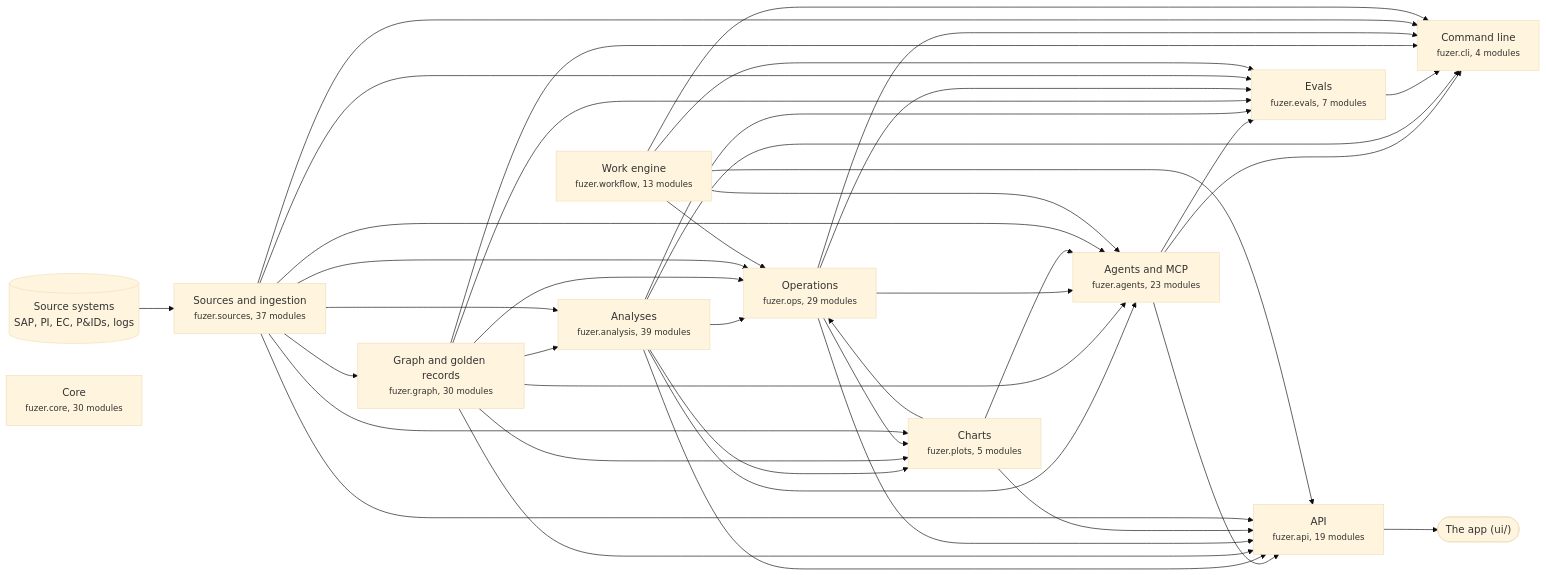
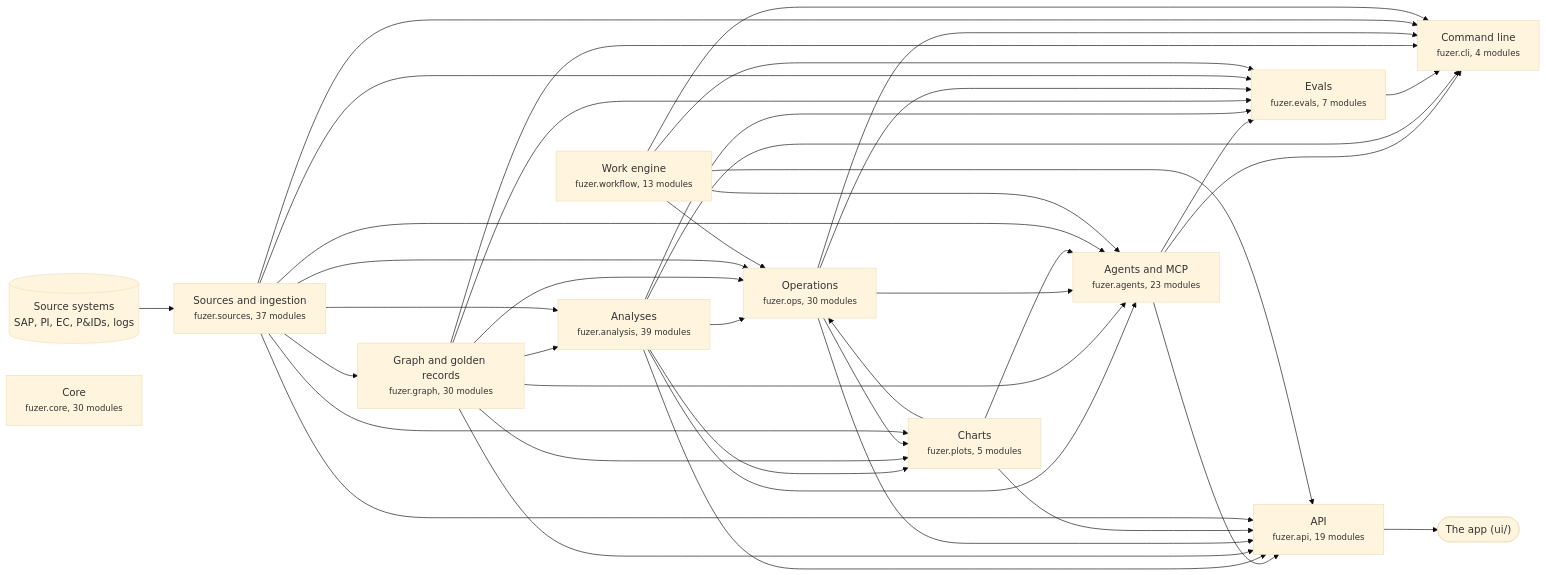
One commit to areed145/fuzer changed the first of 3 diagrams in docs/architecture.md. Above: the diagram before and after it, drawn with Mermaid (base theme). The commit also changed other lines of this file and 16 other files, not shown here.

````diff
--- a/docs/architecture.md
+++ b/docs/architecture.md
@@ -8,66 +8,66 @@
 ```mermaid
 flowchart LR
   systems[("Source systems<br>SAP, PI, EC, P&IDs, logs")] --> c_sources
   app(["The app (ui/)"])
   c_api --> app
   c_sources["Sources and ingestion<br><small>fuzer.sources, 37 modules</small>"]
   c_graph["Graph and golden records<br><small>fuzer.graph, 30 modules</small>"]
   c_analysis["Analyses<br><small>fuzer.analysis, 39 modules</small>"]
-  c_ops["Operations<br><small>fuzer.ops, 29 modules</small>"]
+  c_ops["Operations<br><small>fuzer.ops, 30 modules</small>"]
   c_plots["Charts<br><small>fuzer.plots, 5 modules</small>"]
   c_workflow["Work engine<br><small>fuzer.workflow, 13 modules</small>"]
   c_agents["Agents and MCP<br><small>fuzer.agents, 23 modules</small>"]
   c_evals["Evals<br><small>fuzer.evals, 7 modules</small>"]
   c_api["API<br><small>fuzer.api, 19 modules</small>"]
   c_cli["Command line<br><small>fuzer.cli, 4 modules</small>"]
   c_core["Core<br><small>fuzer.core, 30 modules</small>"]
   c_sources --> c_graph
   c_graph --> c_analysis
   c_sources --> c_analysis
   c_analysis --> c_ops
   c_graph --> c_ops
   c_plots --> c_ops
   c_sources --> c_ops
   c_workflow --> c_ops
   c_analysis --> c_plots
   c_graph --> c_plots
   c_ops --> c_plots
   c_sources --> c_plots
   c_analysis --> c_agents
   c_graph --> c_agents
   c_ops --> c_agents
   c_plots --> c_agents
   c_sources --> c_agents
   c_workflow --> c_agents
   c_agents --> c_evals
   c_analysis --> c_evals
   c_graph --> c_evals
   c_ops --> c_evals
   c_sources --> c_evals
   c_workflow --> c_evals
   c_agents --> c_api
   c_analysis --> c_api
   c_graph --> c_api
   c_ops --> c_api
   c_plots --> c_api
   c_sources --> c_api
   c_workflow --> c_api
   c_agents --> c_cli
   c_analysis --> c_cli
   c_evals --> c_cli
   c_graph --> c_cli
   c_ops --> c_cli
   c_sources --> c_cli
   c_workflow --> c_cli
   click c_sources "https://github.com/areed145/fuzer/tree/main/src/fuzer/sources"
   click c_graph "https://github.com/areed145/fuzer/tree/main/src/fuzer/graph"
   click c_analysis "https://github.com/areed145/fuzer/tree/main/src/fuzer/analysis"
   click c_ops "https://github.com/areed145/fuzer/tree/main/src/fuzer/ops"
   click c_plots "https://github.com/areed145/fuzer/tree/main/src/fuzer/plots"
   click c_workflow "https://github.com/areed145/fuzer/tree/main/src/fuzer/workflow"
   click c_agents "https://github.com/areed145/fuzer/tree/main/src/fuzer/agents"
   click c_evals "https://github.com/areed145/fuzer/tree/main/src/fuzer/evals"
   click c_api "https://github.com/areed145/fuzer/tree/main/src/fuzer/api"
   click c_cli "https://github.com/areed145/fuzer/tree/main/src/fuzer/cli"
   click c_core "https://github.com/areed145/fuzer/tree/main/src/fuzer/core"
 ```
````
